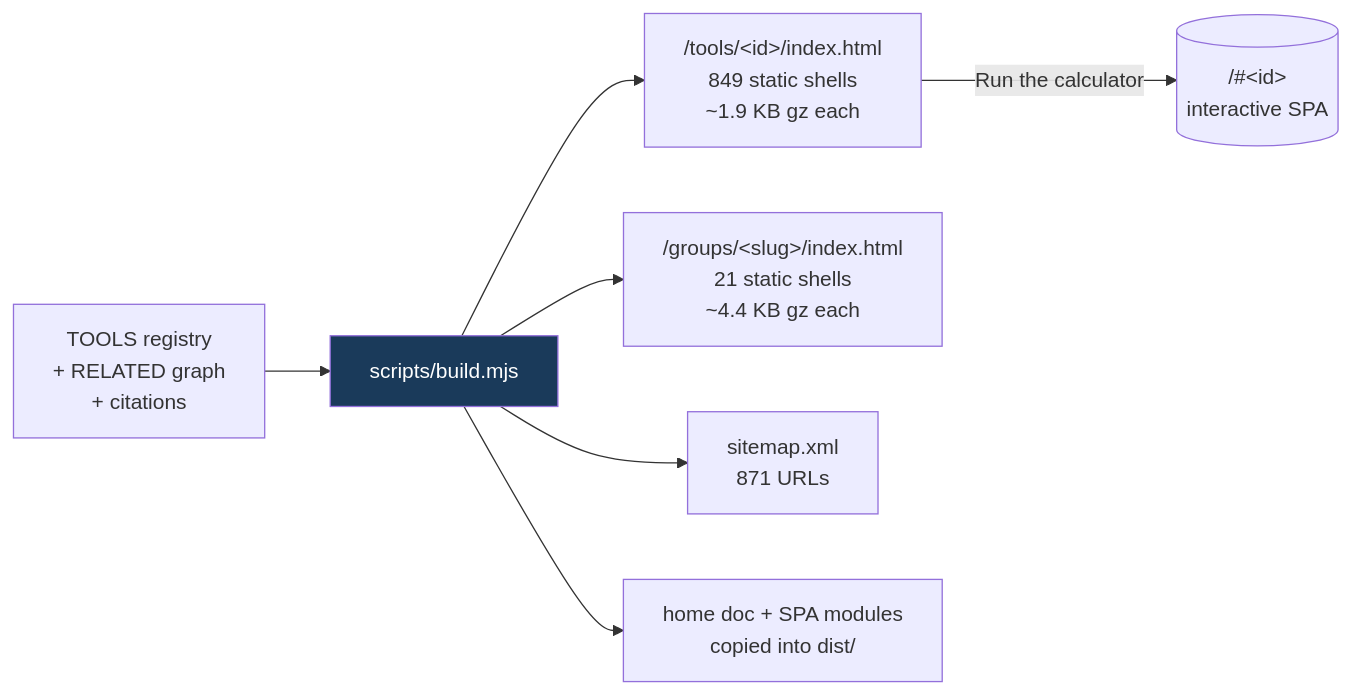
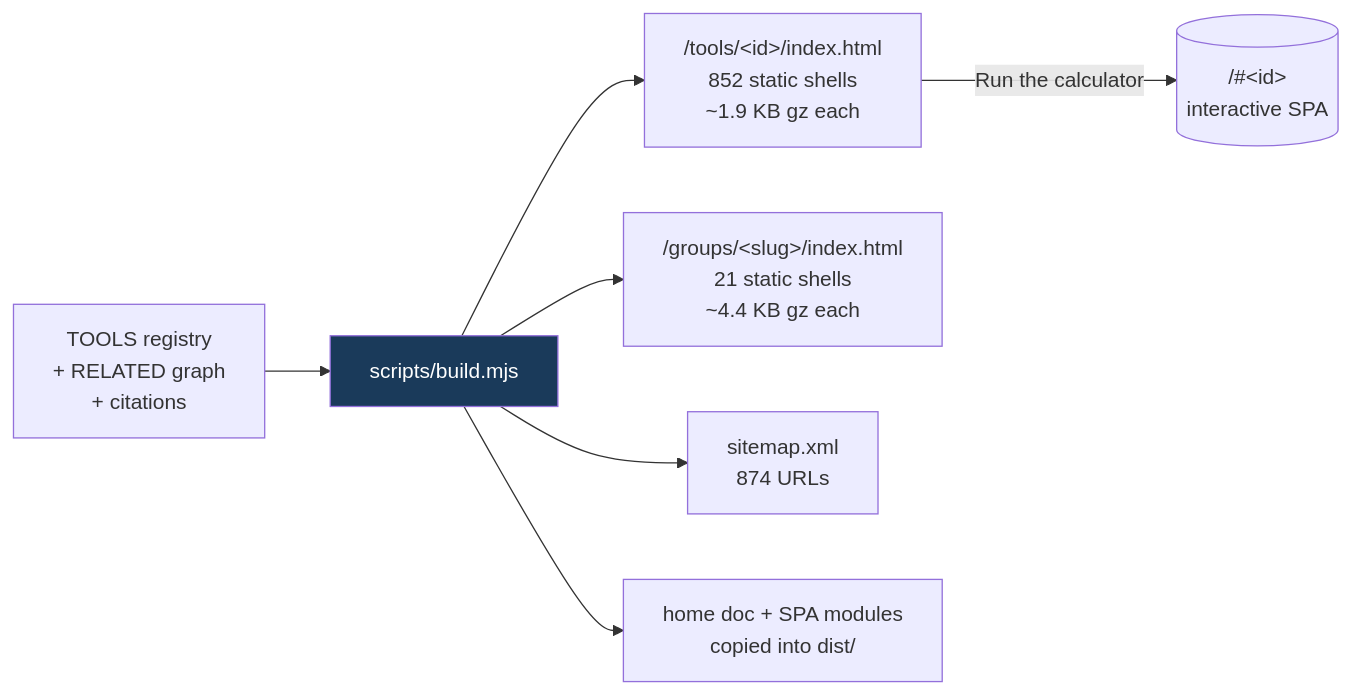
One commit to clay-good/roughlogic.com changed the fifth of 8 diagrams in README.md. Above: the diagram before and after it, drawn with Mermaid. The commit also changed other lines of this file and 18 other files, not shown here.

````diff
--- a/README.md
+++ b/README.md
@@ -495,10 +495,10 @@
 ```mermaid
 flowchart LR
     SRC[TOOLS registry\n+ RELATED graph\n+ citations] --> BUILD[scripts/build.mjs]
-    BUILD --> TILE["/tools/&lt;id&gt;/index.html\n849 static shells\n~1.9 KB gz each"]
+    BUILD --> TILE["/tools/&lt;id&gt;/index.html\n852 static shells\n~1.9 KB gz each"]
     BUILD --> GROUP["/groups/&lt;slug&gt;/index.html\n21 static shells\n~4.4 KB gz each"]
-    BUILD --> MAP["sitemap.xml\n871 URLs"]
+    BUILD --> MAP["sitemap.xml\n874 URLs"]
     BUILD --> COPY[home doc + SPA modules\ncopied into dist/]
     TILE -->|Run the calculator| SPA[("/#&lt;id&gt;\ninteractive SPA")]
     style BUILD fill:#1a3a5a,color:#fff
 ```
````
